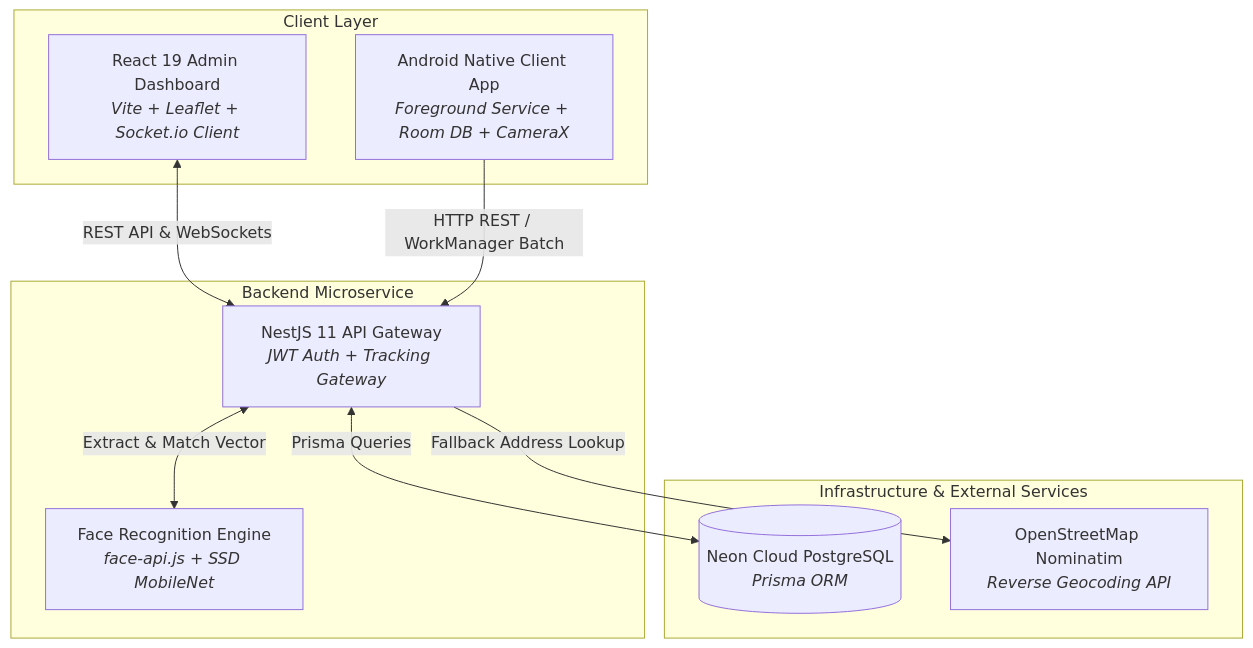
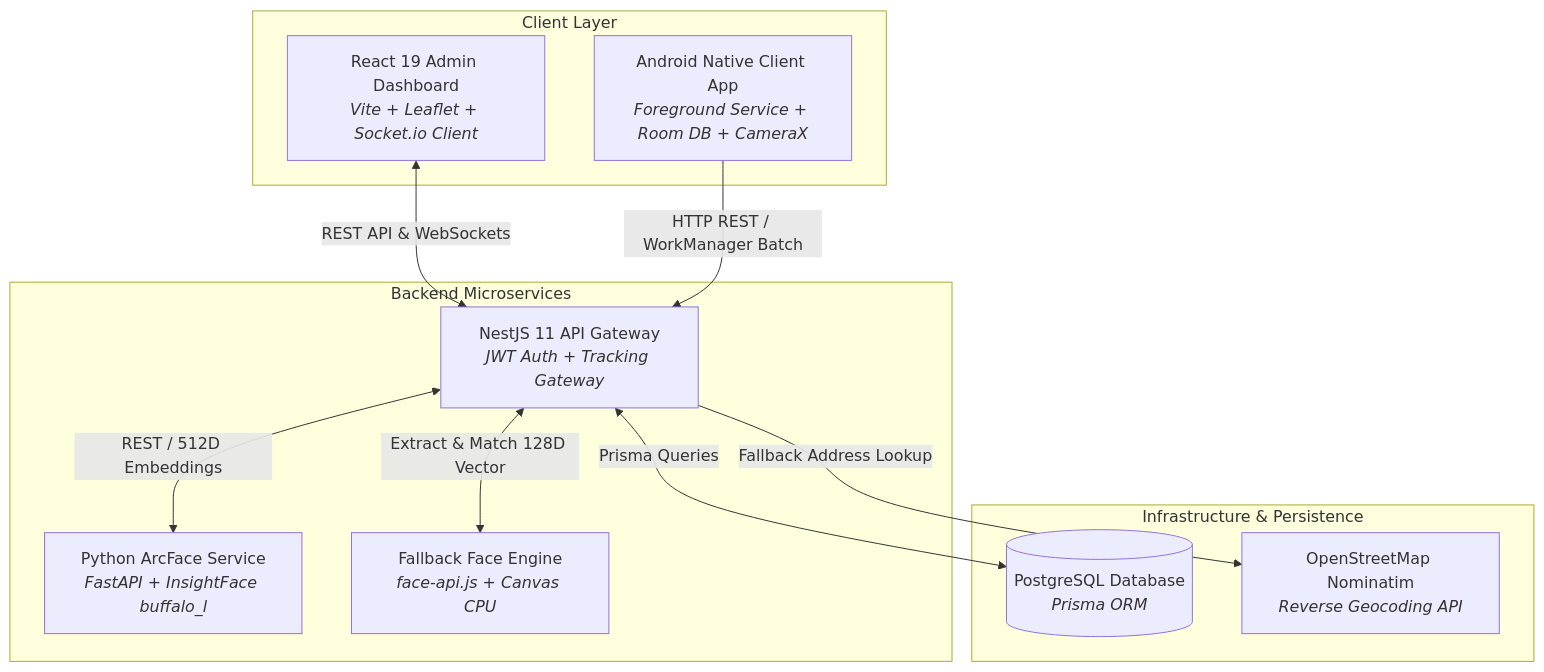
One commit to rameshchavan07/epm-tracker changed the first of 2 diagrams in README.md. Above: the diagram before and after it, drawn with Mermaid. The commit also changed other lines of this file and 3 other files, not shown here.

Commit message:
feat: integrate ArcFace facial recognition microservice, add CameraX support, and update system architecture documentation.

````diff
--- a/README.md
+++ b/README.md
@@ -55,23 +57,25 @@
 ```mermaid
 graph TD
     subgraph Client Layer
         A[React 19 Admin Dashboard<br/><i>Vite + Leaflet + Socket.io Client</i>]
         M[Android Native Client App<br/><i>Foreground Service + Room DB + CameraX</i>]
     end
 
-    subgraph Backend Microservice
+    subgraph Backend Microservices
         B[NestJS 11 API Gateway<br/><i>JWT Auth + Tracking Gateway</i>]
-        F[Face Recognition Engine<br/><i>face-api.js + SSD MobileNet</i>]
+        F[Python ArcFace Service<br/><i>FastAPI + InsightFace buffalo_l</i>]
+        G[Fallback Face Engine<br/><i>face-api.js + Canvas CPU</i>]
     end
 
-    subgraph Infrastructure & External Services
-        DB[(Neon Cloud PostgreSQL<br/><i>Prisma ORM</i>)]
+    subgraph Infrastructure & Persistence
+        DB[(PostgreSQL Database<br/><i>Prisma ORM</i>)]
         GEO[OpenStreetMap Nominatim<br/><i>Reverse Geocoding API</i>]
     end
 
     A <-->|REST API & WebSockets| B
     M -->|HTTP REST / WorkManager Batch| B
     B <-->|Prisma Queries| DB
-    B <-->|Extract & Match Vector| F
+    B <-->|REST / 512D Embeddings| F
+    B <-->|Extract & Match 128D Vector| G
     B -->|Fallback Address Lookup| GEO
 ```
````
